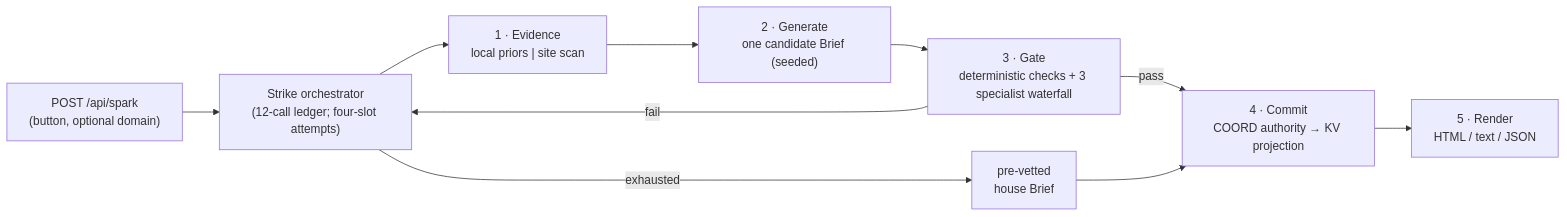
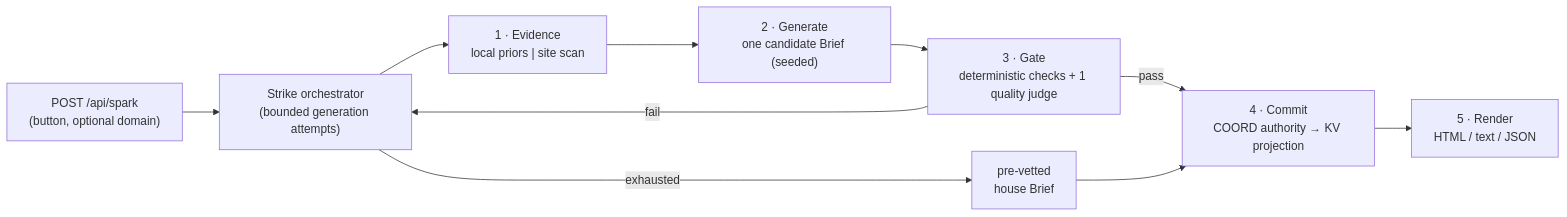
One commit to Hearn-Systems-LLC/oddspark.dev changed the diagram in _bmad-output/planning-artifacts/architecture/architecture-oddspark-2026-08-15/ARCHITECTURE-SPINE.md. Above: the diagram before and after it, drawn with Mermaid. The commit also changed other lines of this file and 3 other files, not shown here.

Commit message:
feat: simplify story 1.18.2 quality gate

````diff
--- a/_bmad-output/planning-artifacts/architecture/architecture-oddspark-2026-08-15/ARCHITECTURE-SPINE.md
+++ b/_bmad-output/planning-artifacts/architecture/architecture-oddspark-2026-08-15/ARCHITECTURE-SPINE.md
@@ -31,12 +44,12 @@
 ```mermaid
 flowchart LR
-    IN["POST /api/spark<br/>(button, optional domain)"] --> ORCH["Strike orchestrator<br/>(12-call ledger; four-slot attempts)"]
+    IN["POST /api/spark<br/>(button, optional domain)"] --> ORCH["Strike orchestrator<br/>(bounded generation attempts)"]
     ORCH --> EV["1 · Evidence<br/>local priors | site scan"]
     EV --> GEN["2 · Generate<br/>one candidate Brief (seeded)"]
-    GEN --> GATE["3 · Gate<br/>deterministic checks + 3 specialist waterfall"]
+    GEN --> GATE["3 · Gate<br/>deterministic checks + 1 quality judge"]
     GATE -->|fail| ORCH
     GATE -->|pass| COMMIT["4 · Commit<br/>COORD authority → KV projection"]
     ORCH -->|exhausted| HOUSE["pre-vetted<br/>house Brief"]
     HOUSE --> COMMIT
     COMMIT --> RENDER["5 · Render<br/>HTML / text / JSON"]
 ```
````
